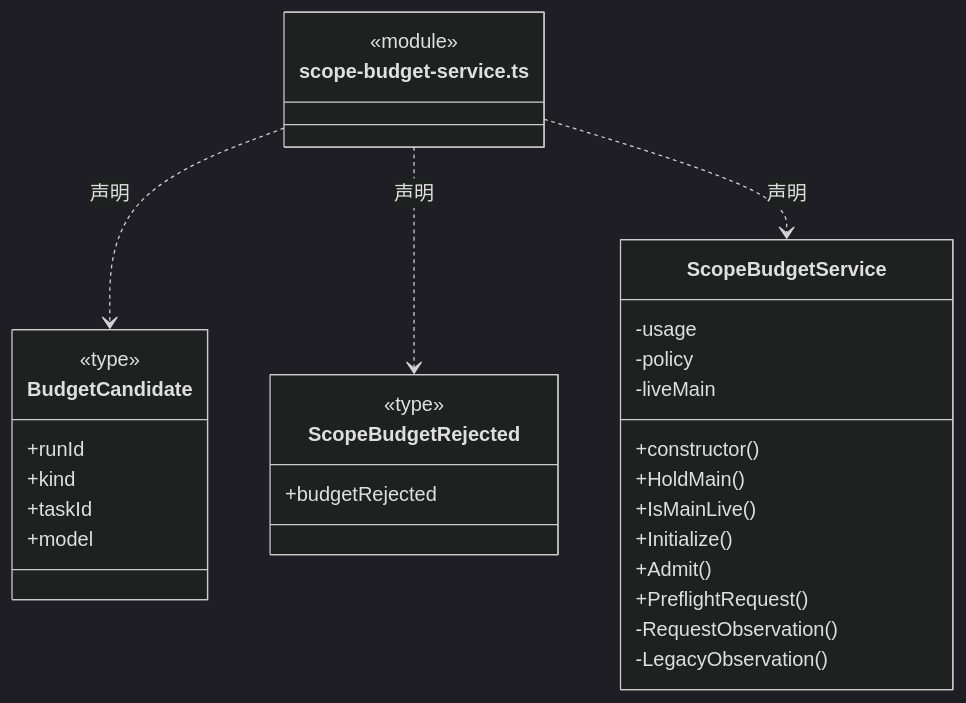
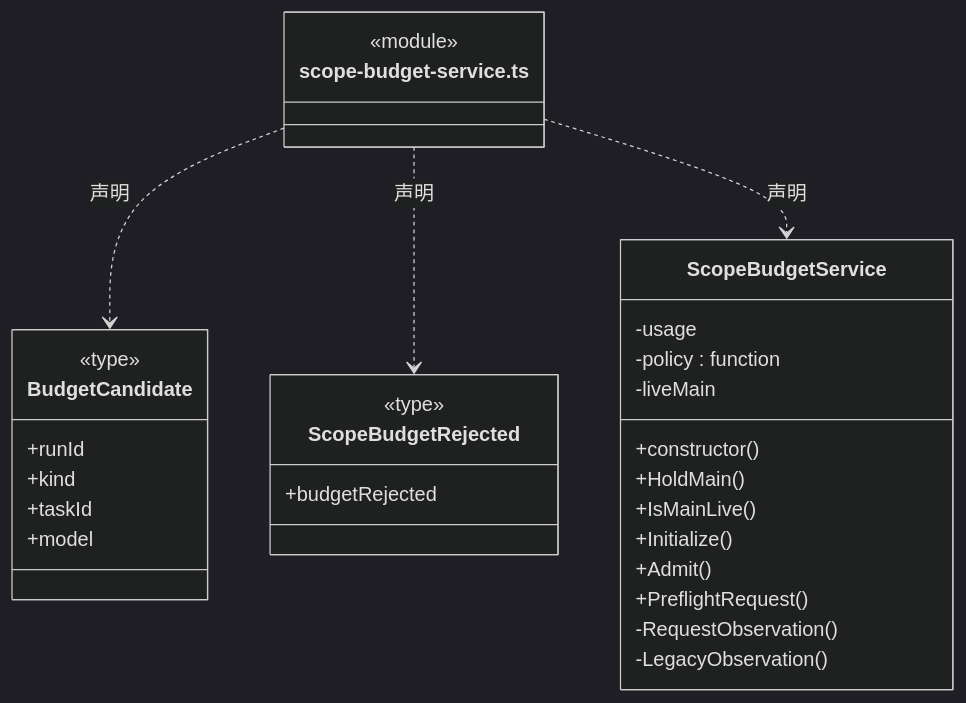
One commit to nan023062/cbim changed the third of 5 diagrams in src/logic/budget/runtime/ARCHITECTURE.md. Above: the diagram before and after it, drawn with Mermaid (dark theme). The commit also changed other lines of this file and 137 other files, not shown here.

Commit message:
fix: align architecture generator with documentation standards

````diff
--- a/src/logic/budget/runtime/ARCHITECTURE.md
+++ b/src/logic/budget/runtime/ARCHITECTURE.md
@@ -112,33 +116,33 @@
 ```mermaid
 classDiagram
 class N_src_logic_budget_runtime_scope_budget_service_ts["scope-budget-service.ts"] {
   <<module>>
 }
 class N_src_logic_budget_runtime_scope_budget_service_ts_BudgetCandidate["BudgetCandidate"] {
   <<type>>
   +runId
   +kind
   +taskId
   +model
 }
 N_src_logic_budget_runtime_scope_budget_service_ts ..> N_src_logic_budget_runtime_scope_budget_service_ts_BudgetCandidate : 声明
 class N_src_logic_budget_runtime_scope_budget_service_ts_ScopeBudgetRejected["ScopeBudgetRejected"] {
   <<type>>
   +budgetRejected
 }
 N_src_logic_budget_runtime_scope_budget_service_ts ..> N_src_logic_budget_runtime_scope_budget_service_ts_ScopeBudgetRejected : 声明
 class N_src_logic_budget_runtime_scope_budget_service_ts_ScopeBudgetService["ScopeBudgetService"] {
   +constructor()
   +HoldMain()
   +IsMainLive()
   +Initialize()
   +Admit()
   +PreflightRequest()
   -usage
-  -policy
+  -policy : function
   -liveMain
   -RequestObservation()
   -LegacyObservation()
 }
 N_src_logic_budget_runtime_scope_budget_service_ts ..> N_src_logic_budget_runtime_scope_budget_service_ts_ScopeBudgetService : 声明
 ```
````
